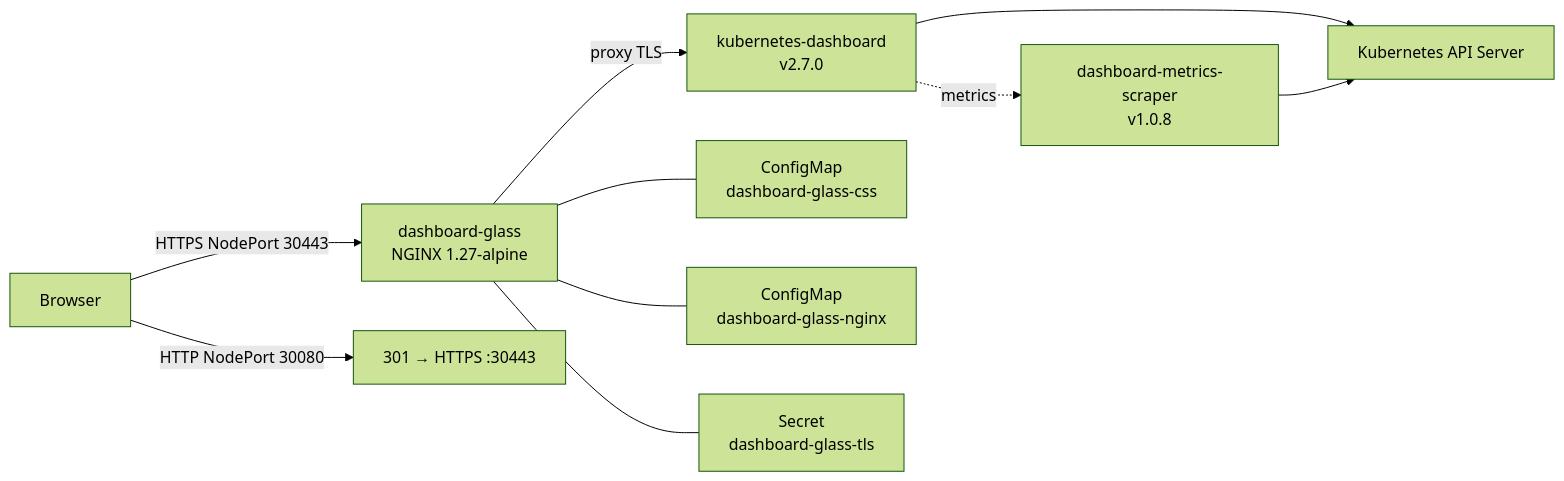
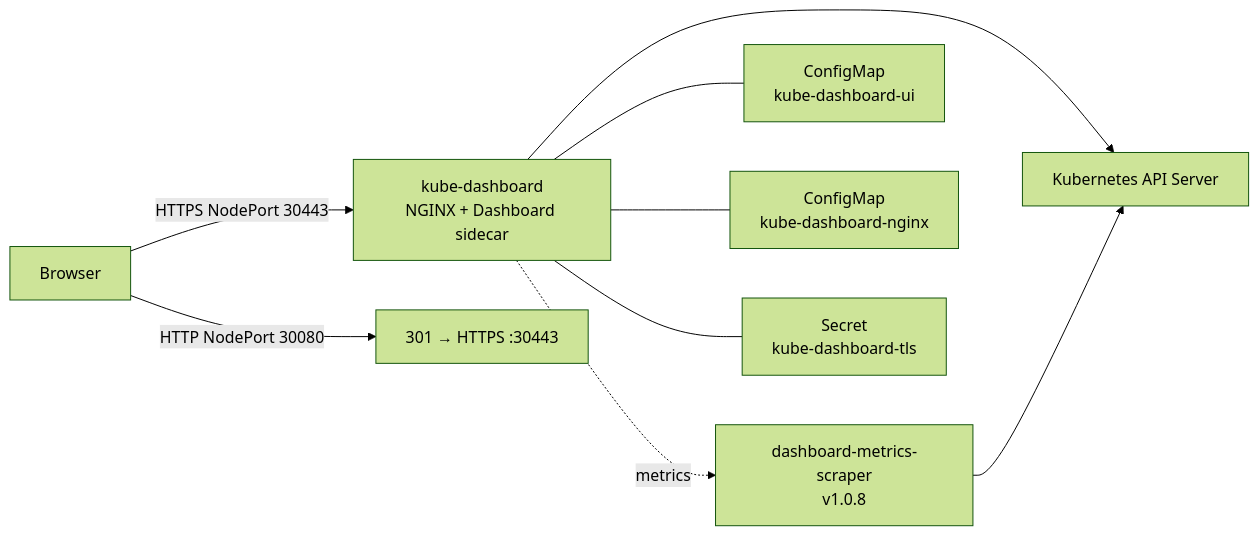
The diagram in README.md (Deepak-Das01/dashboard-ocp), drawn with Mermaid (forest theme) before and after one commit. The commit also changed other lines of this file and 13 other files, not shown here.

First line of the commit message:
Consolidate console into a single kube-dashboard pod

````diff
--- a/README.md
+++ b/README.md
@@ -205,12 +207,11 @@
 ```mermaid
 flowchart LR
-  Browser -->|HTTPS NodePort 30443| Glass["dashboard-glass<br/>NGINX 1.27-alpine"]
+  Browser -->|HTTPS NodePort 30443| KD["kube-dashboard<br/>NGINX + Dashboard sidecar"]
   Browser -->|HTTP NodePort 30080| Redirect["301 → HTTPS :30443"]
-  Glass -->|proxy TLS| KD["kubernetes-dashboard<br/>v2.7.0"]
   KD --> API["Kubernetes API Server"]
   Scraper["dashboard-metrics-scraper<br/>v1.0.8"] --> API
   KD -.->|metrics| Scraper
-  Glass --- CSS["ConfigMap<br/>dashboard-glass-css"]
-  Glass --- Conf["ConfigMap<br/>dashboard-glass-nginx"]
-  Glass --- TLS["Secret<br/>dashboard-glass-tls"]
+  KD --- CSS["ConfigMap<br/>kube-dashboard-ui"]
+  KD --- Conf["ConfigMap<br/>kube-dashboard-nginx"]
+  KD --- TLS["Secret<br/>kube-dashboard-tls"]
 ```
````
